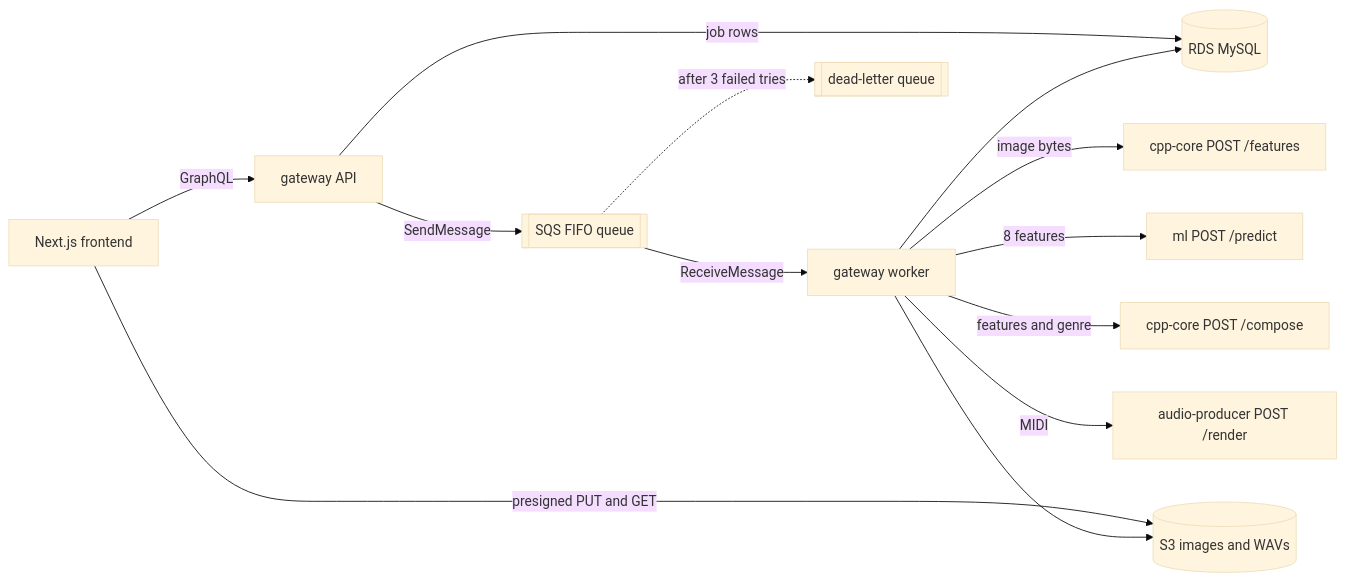
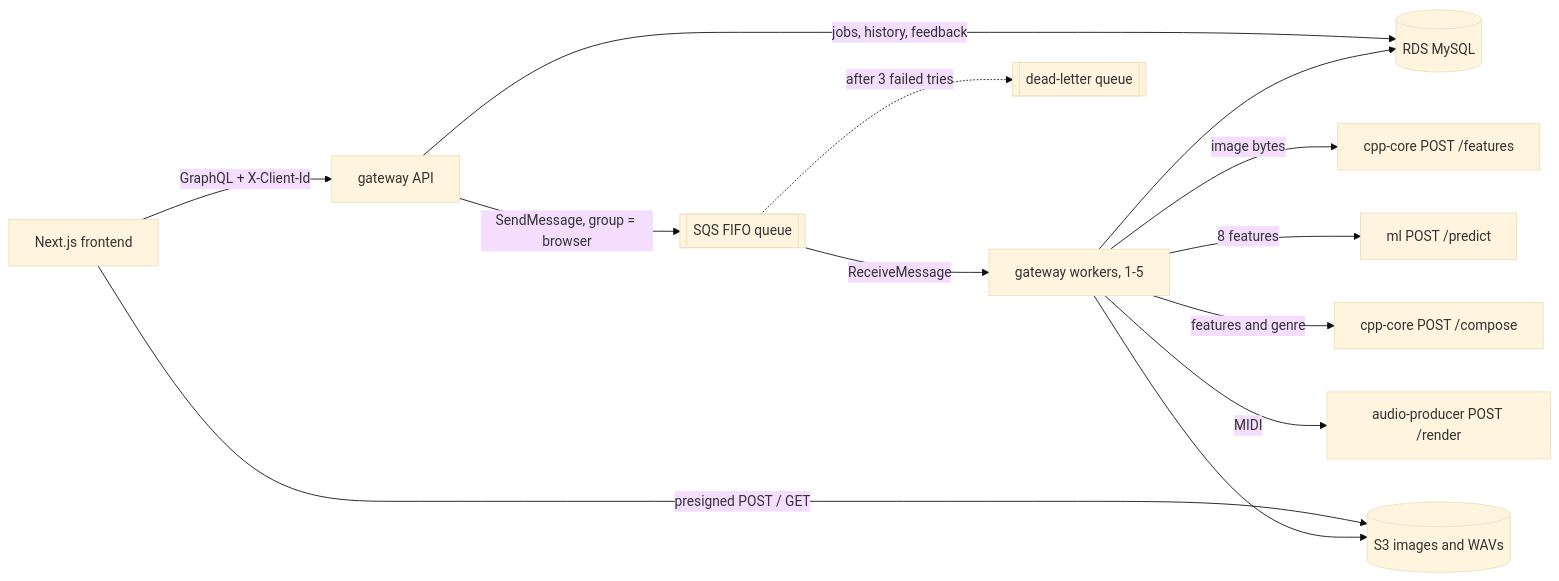
Before and after one commit to DakshK26/SoundCanvas: the diagram in README.md, drawn with Mermaid (base theme). The commit also changed other lines of this file, not shown here.

Commit message:
README: design decisions (queue, FIFO groups, RDS, presigned uploads), failure handling, security, tests, two-stage ML method and results

````diff
--- a/README.md
+++ b/README.md
@@ -12,15 +12,15 @@
 ```mermaid
 flowchart LR
-  Browser[Next.js frontend] -->|GraphQL| Api[gateway API]
-  Browser -->|presigned PUT and GET| S3[(S3 images and WAVs)]
-  Api -->|job rows| Rds[(RDS MySQL)]
-  Api -->|SendMessage| Sqs[[SQS FIFO queue]]
-  Sqs -->|ReceiveMessage| Worker[gateway worker]
+  Browser[Next.js frontend] -->|GraphQL + X-Client-Id| Api[gateway API]
+  Browser -->|presigned POST / GET| S3[(S3 images and WAVs)]
+  Api -->|jobs, history, feedback| Rds[(RDS MySQL)]
+  Api -->|SendMessage, group = browser| Sqs[[SQS FIFO queue]]
+  Sqs -->|ReceiveMessage| Worker[gateway workers, 1-5]
   Sqs -.->|after 3 failed tries| Dlq[[dead-letter queue]]
   Worker -->|image bytes| CppFeatures["cpp-core POST /features"]
   Worker -->|8 features| Ml["ml POST /predict"]
   Worker -->|features and genre| CppCompose["cpp-core POST /compose"]
   Worker -->|MIDI| Audio["audio-producer POST /render"]
   Worker --> S3
   Worker --> Rds
 ```
````
